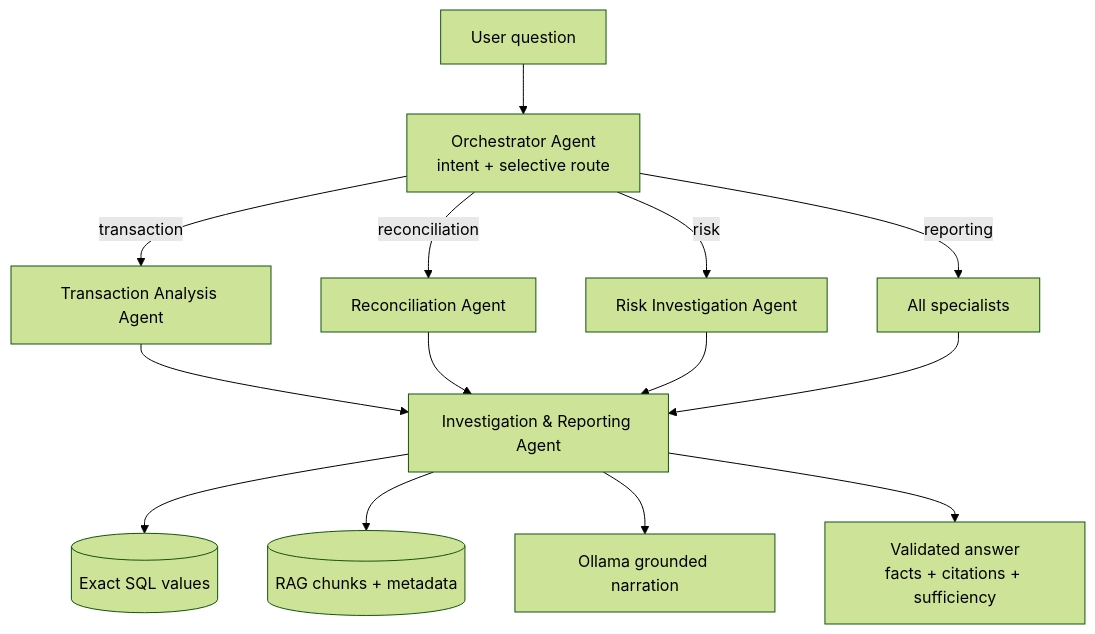
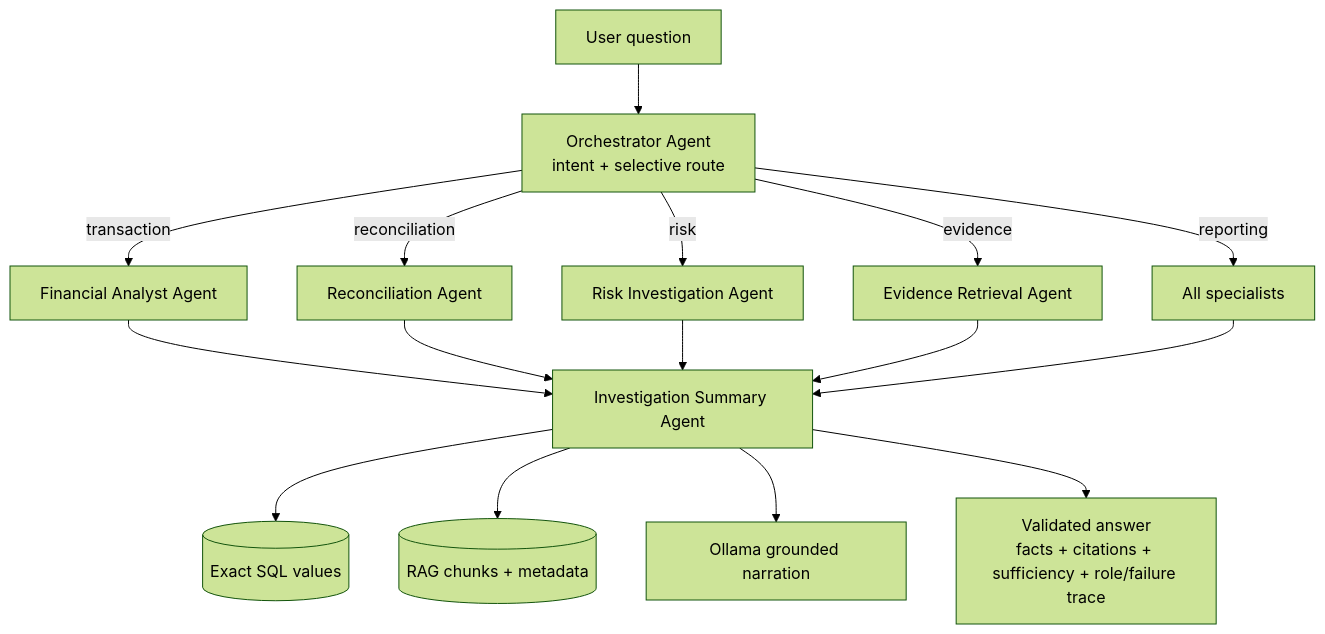
One commit to Mahesh2611975/FinAudit-AI changed the second of 3 diagrams in FINAL_DELIVERABLES.md. Above: the diagram before and after it, drawn with Mermaid (forest theme). The commit also changed other lines of this file and 24 other files, not shown here.

````diff
--- a/FINAL_DELIVERABLES.md
+++ b/FINAL_DELIVERABLES.md
@@ -119,16 +121,18 @@
 ```mermaid
 flowchart TD
     Q[User question] --> O[Orchestrator Agent<br/>intent + selective route]
-    O -->|transaction| T[Transaction Analysis Agent]
+    O -->|transaction| T[Financial Analyst Agent]
     O -->|reconciliation| R[Reconciliation Agent]
     O -->|risk| K[Risk Investigation Agent]
+    O -->|evidence| E[Evidence Retrieval Agent]
     O -->|reporting| T2[All specialists]
-    T --> P[Investigation &amp; Reporting Agent]
+    T --> P[Investigation Summary Agent]
     R --> P
     K --> P
+    E --> P
     T2 --> P
     P --> SQL[(Exact SQL values)]
     P --> V[(RAG chunks + metadata)]
     P --> L[Ollama grounded narration]
-    P --> A[Validated answer<br/>facts + citations + sufficiency]
+    P --> A[Validated answer<br/>facts + citations + sufficiency + role/failure trace]
 ```
````
